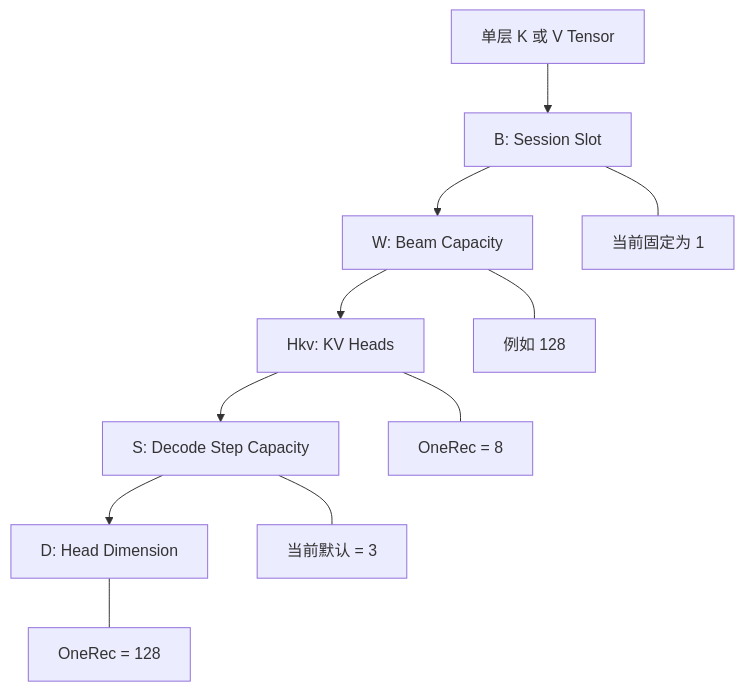
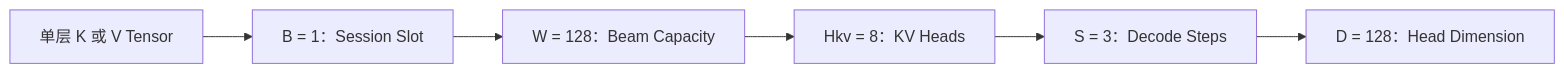
The second of 3 diagrams in GR/onerec_1_7b_beam_kv_pool_memory_analysis.md (zhanghanleo10/gr-related), drawn with Mermaid before and after one commit. The commit also changed other lines of this file, not shown here.

Commit message:
docs: simplify Beam KV Pool memory calculation

````diff
--- a/GR/onerec_1_7b_beam_kv_pool_memory_analysis.md
+++ b/GR/onerec_1_7b_beam_kv_pool_memory_analysis.md
@@ -145,14 +81,8 @@
 ```mermaid
-flowchart TB
-    T["单层 K 或 V Tensor"] --> B["B: Session Slot"]
-    B --> W["W: Beam Capacity"]
-    W --> H["Hkv: KV Heads"]
-    H --> S["S: Decode Step Capacity"]
-    S --> D["D: Head Dimension"]
-
-    B --- B1["当前固定为 1"]
-    W --- W1["例如 128"]
-    H --- H1["OneRec = 8"]
-    S --- S1["当前默认 = 3"]
-    D --- D1["OneRec = 128"]
+flowchart LR
+    T["单层 K 或 V Tensor"] --> B["B = 1：Session Slot"]
+    B --> W["W = 128：Beam Capacity"]
+    W --> H["Hkv = 8：KV Heads"]
+    H --> S["S = 3：Decode Steps"]
+    S --> D["D = 128：Head Dimension"]
 ```
````
